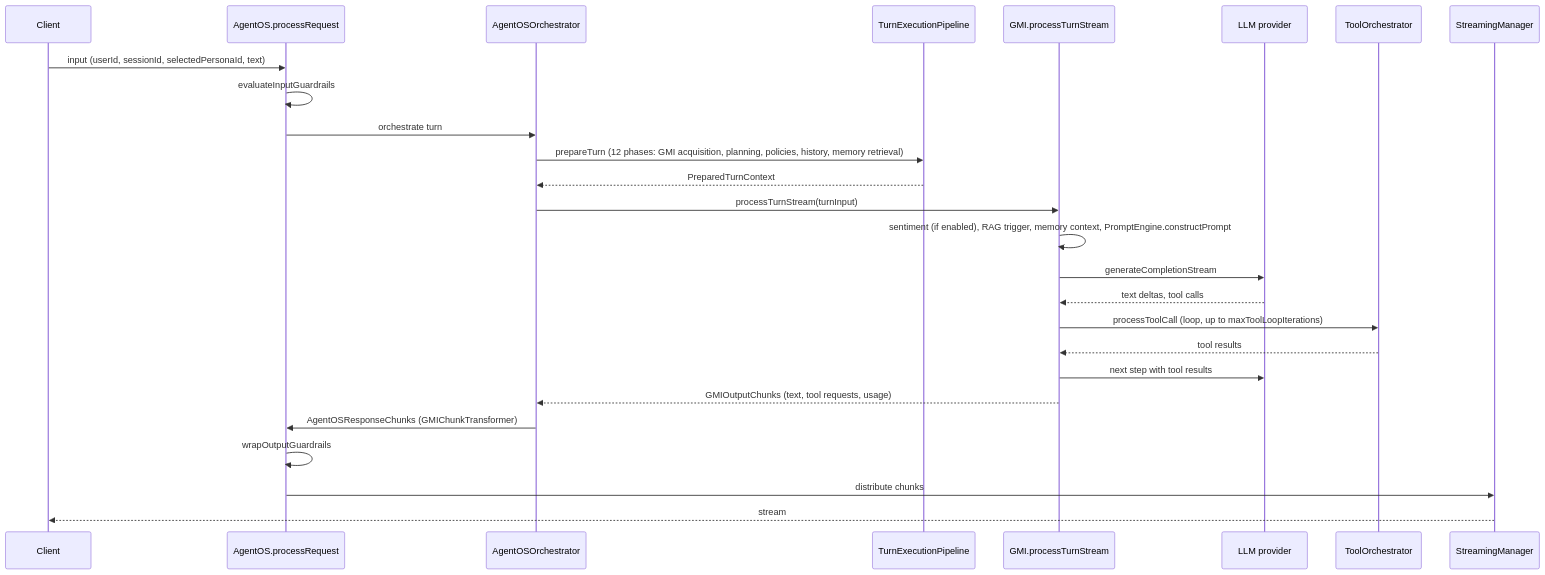
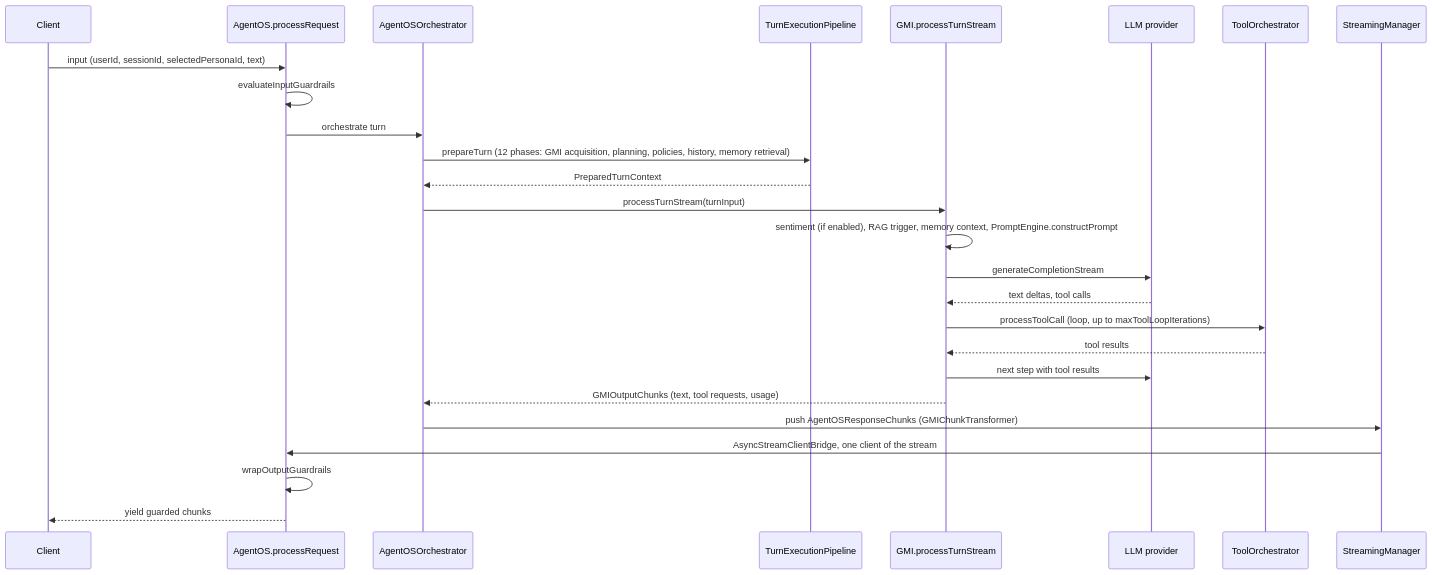
One commit to framerslab/agentos changed the third of 10 diagrams in docs/architecture/ARCHITECTURE.md. Above: the diagram before and after it, drawn with Mermaid. The commit also changed other lines of this file and 7 other files, not shown here.

````diff
--- a/docs/architecture/ARCHITECTURE.md
+++ b/docs/architecture/ARCHITECTURE.md
@@ -203,29 +203,29 @@
 ```mermaid
 sequenceDiagram
     participant C as Client
     participant F as AgentOS.processRequest
     participant O as AgentOSOrchestrator
     participant P as TurnExecutionPipeline
     participant G as GMI.processTurnStream
     participant L as LLM provider
     participant T as ToolOrchestrator
     participant S as StreamingManager
 
     C->>F: input (userId, sessionId, selectedPersonaId, text)
     F->>F: evaluateInputGuardrails
     F->>O: orchestrate turn
     O->>P: prepareTurn (12 phases: GMI acquisition, planning, policies, history, memory retrieval)
     P-->>O: PreparedTurnContext
     O->>G: processTurnStream(turnInput)
     G->>G: sentiment (if enabled), RAG trigger, memory context, PromptEngine.constructPrompt
     G->>L: generateCompletionStream
     L-->>G: text deltas, tool calls
     G->>T: processToolCall (loop, up to maxToolLoopIterations)
     T-->>G: tool results
     G->>L: next step with tool results
     G-->>O: GMIOutputChunks (text, tool requests, usage)
-    O->>F: AgentOSResponseChunks (GMIChunkTransformer)
+    O->>S: push AgentOSResponseChunks (GMIChunkTransformer)
+    S->>F: AsyncStreamClientBridge, one client of the stream
     F->>F: wrapOutputGuardrails
-    F->>S: distribute chunks
-    S-->>C: stream
+    F-->>C: yield guarded chunks
 ```
````
